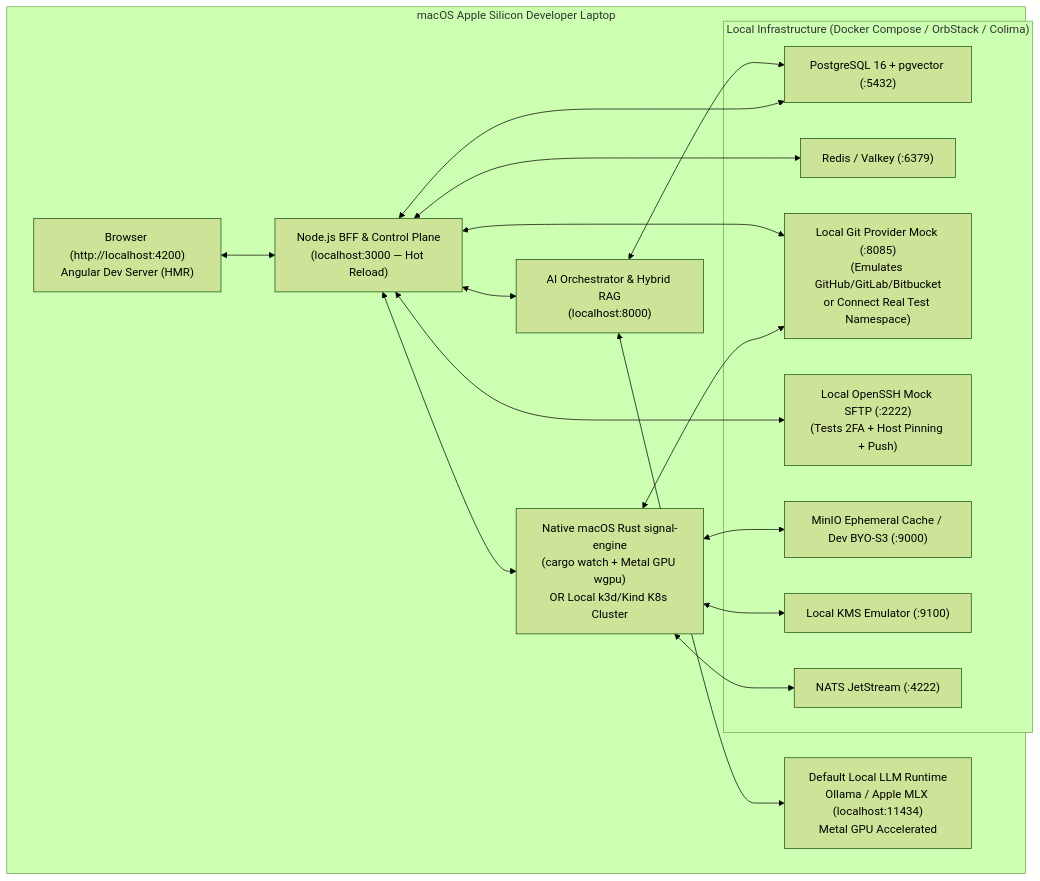
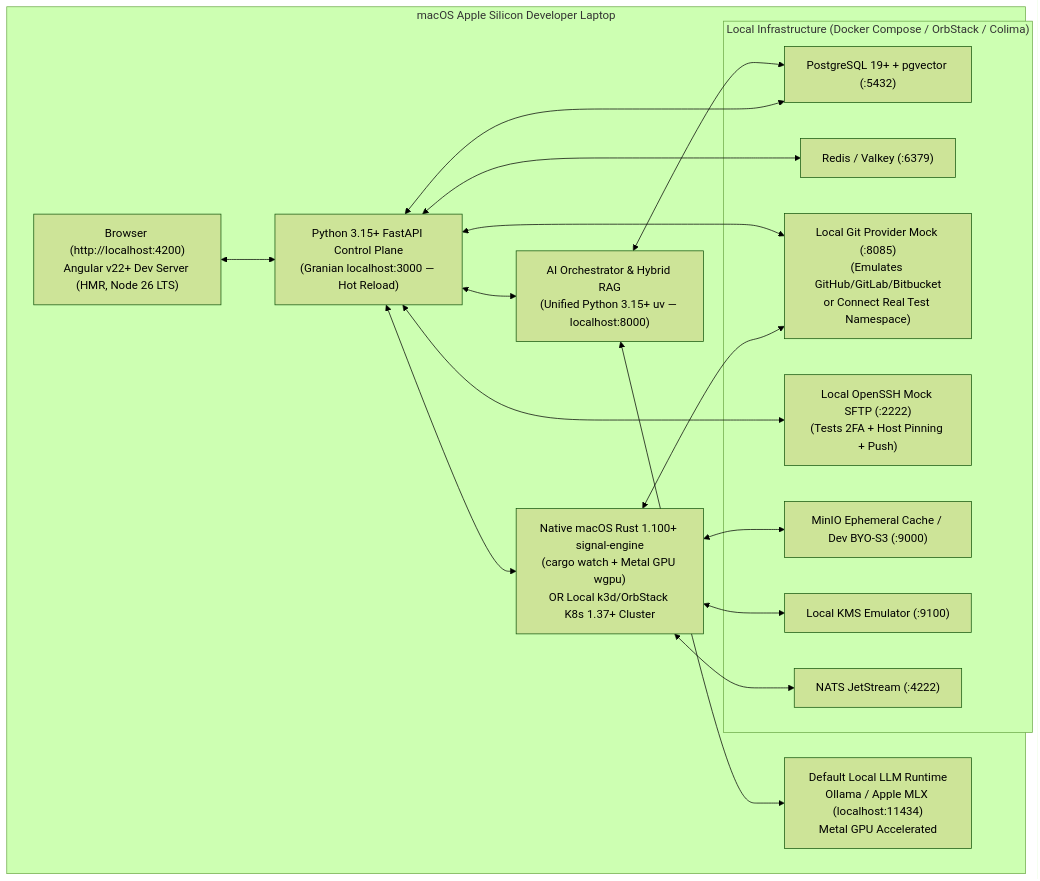
The diagram in architecture/09-local-development-environment.md (the-code-master/signal), drawn with Mermaid (forest theme) before and after one commit. The commit also changed other lines of this file and 52 other files, not shown here.

Commit message:
docs: enforce Angular v22+, Rust 1.100+, Node 26 LTS+ & adopt Python 3.15+ FastAPI Control Plane (ADR-002)

````diff
--- a/architecture/09-local-development-environment.md
+++ b/architecture/09-local-development-environment.md
@@ -21,34 +21,34 @@
 ```mermaid
 flowchart TB
     subgraph MacHost["macOS Apple Silicon Developer Laptop"]
-        Browser["Browser (http://localhost:4200)\nAngular Dev Server (HMR)"]
-        Node["Node.js BFF & Control Plane\n(localhost:3000 — Hot Reload)"]
-        Rust["Native macOS Rust signal-engine\n(cargo watch + Metal GPU wgpu)\nOR Local k3d/Kind K8s Cluster"]
-        AI["AI Orchestrator & Hybrid RAG\n(localhost:8000)"]
+        Browser["Browser (http://localhost:4200)\nAngular v22+ Dev Server (HMR, Node 26 LTS)"]
+        API["Python 3.15+ FastAPI Control Plane\n(Granian localhost:3000 — Hot Reload)"]
+        Rust["Native macOS Rust 1.100+ signal-engine\n(cargo watch + Metal GPU wgpu)\nOR Local k3d/OrbStack K8s 1.37+ Cluster"]
+        AI["AI Orchestrator & Hybrid RAG\n(Unified Python 3.15+ uv — localhost:8000)"]
         LocalLLM["Default Local LLM Runtime\nOllama / Apple MLX (localhost:11434)\nMetal GPU Accelerated"]
 
         subgraph Docker["Local Infrastructure (Docker Compose / OrbStack / Colima)"]
-            PG["PostgreSQL 16 + pgvector (:5432)"]
+            PG["PostgreSQL 19+ + pgvector (:5432)"]
             Redis["Redis / Valkey (:6379)"]
             NATS["NATS JetStream (:4222)"]
             MinIO["MinIO Ephemeral Cache / Dev BYO-S3 (:9000)"]
             DevKMS["Local KMS Emulator (:9100)"]
             MockGit["Local Git Provider Mock (:8085)\n(Emulates GitHub/GitLab/Bitbucket\nor Connect Real Test Namespace)"]
             MockSFTP["Local OpenSSH Mock SFTP (:2222)\n(Tests 2FA + Host Pinning + Push)"]
         end
     end
 
-    Browser <--> Node
-    Node <--> Rust
-    Node <--> AI
+    Browser <--> API
+    API <--> Rust
+    API <--> AI
     AI <--> LocalLLM
     AI <--> PG
-    Node <--> PG
-    Node <--> Redis
-    Node <--> MockGit
-    Node <--> MockSFTP
+    API <--> PG
+    API <--> Redis
+    API <--> MockGit
+    API <--> MockSFTP
     Rust <--> MockGit
     Rust <--> MinIO
     Rust <--> DevKMS
     Rust <--> NATS
 ```
````
